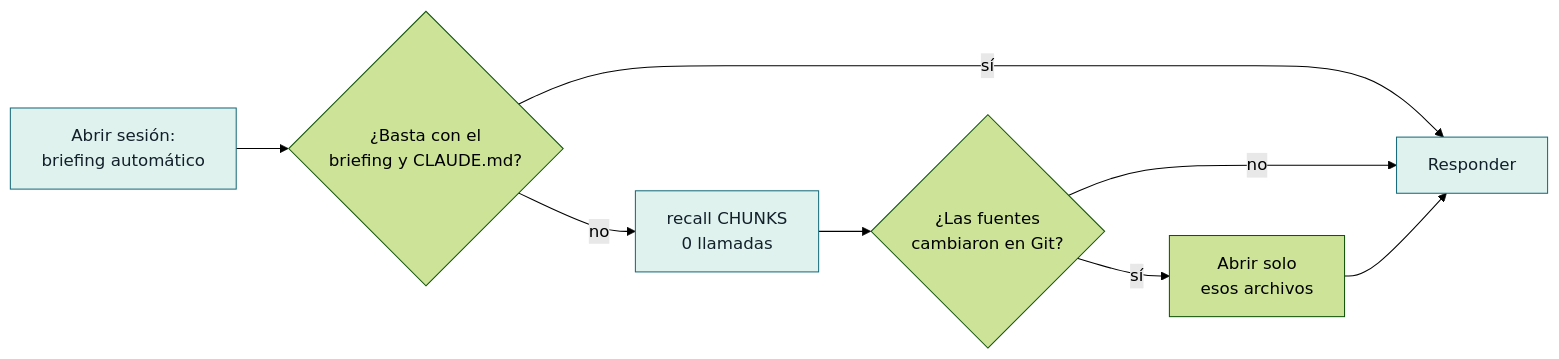
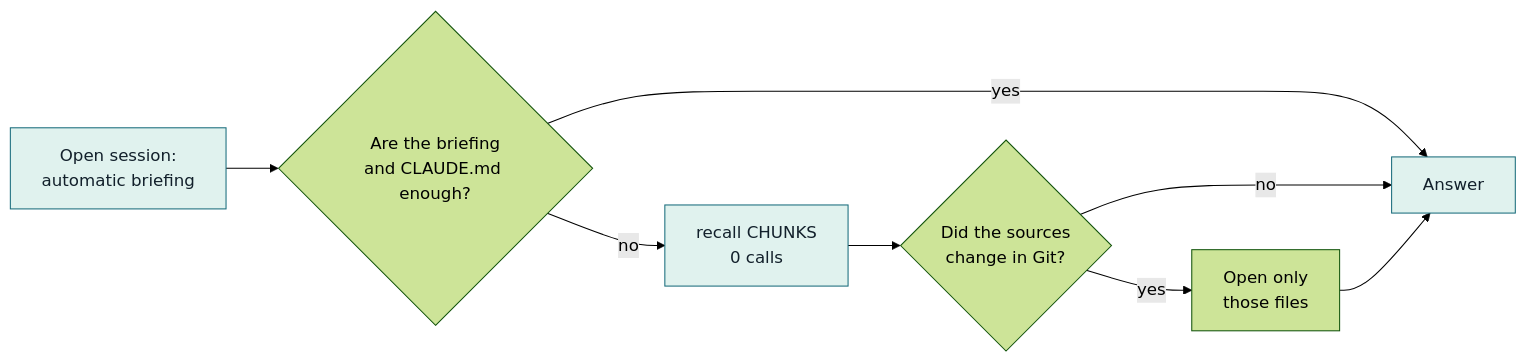
One commit to WRopero/Timewarden changed the third of 5 diagrams in docs/diagrams.md. Above: the diagram before and after it, drawn with Mermaid (forest theme). The commit also changed other lines of this file and 97 other files, not shown here.

````diff
--- a/docs/diagrams.md
+++ b/docs/diagrams.md
@@ -54,11 +54,11 @@
 ```mermaid
 flowchart LR
-  B["Abrir sesión:<br/>briefing automático"] --> A{"¿Basta con el<br/>briefing y CLAUDE.md?"}
-  A -->|"sí"| R["Responder"]
-  A -->|"no"| C["recall CHUNKS<br/>0 llamadas"]
-  C --> G{"¿Las fuentes<br/>cambiaron en Git?"}
+  B["Open session:<br/>automatic briefing"] --> A{"Are the briefing<br/>and CLAUDE.md enough?"}
+  A -->|"yes"| R["Answer"]
+  A -->|"no"| C["recall CHUNKS<br/>0 calls"]
+  C --> G{"Did the sources<br/>change in Git?"}
   G -->|"no"| R
-  G -->|"sí"| H["Abrir solo<br/>esos archivos"] --> R
+  G -->|"yes"| H["Open only<br/>those files"] --> R
   classDef free fill:#E0F2EE,stroke:#176B7B,color:#12202B
   class B,C,R free
 ```
````
